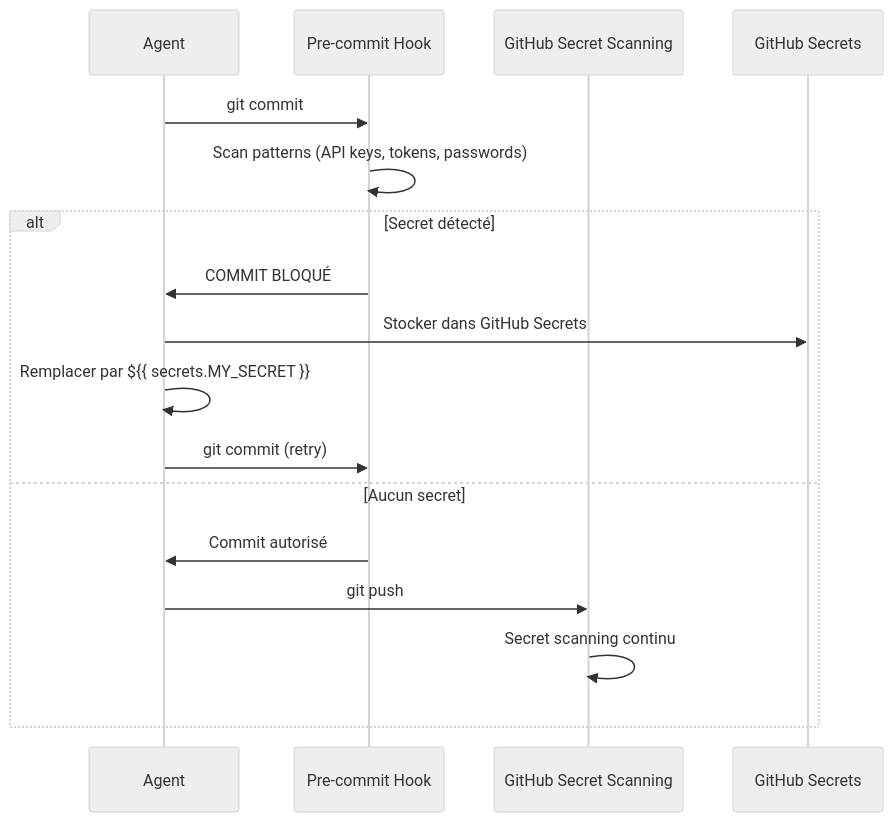
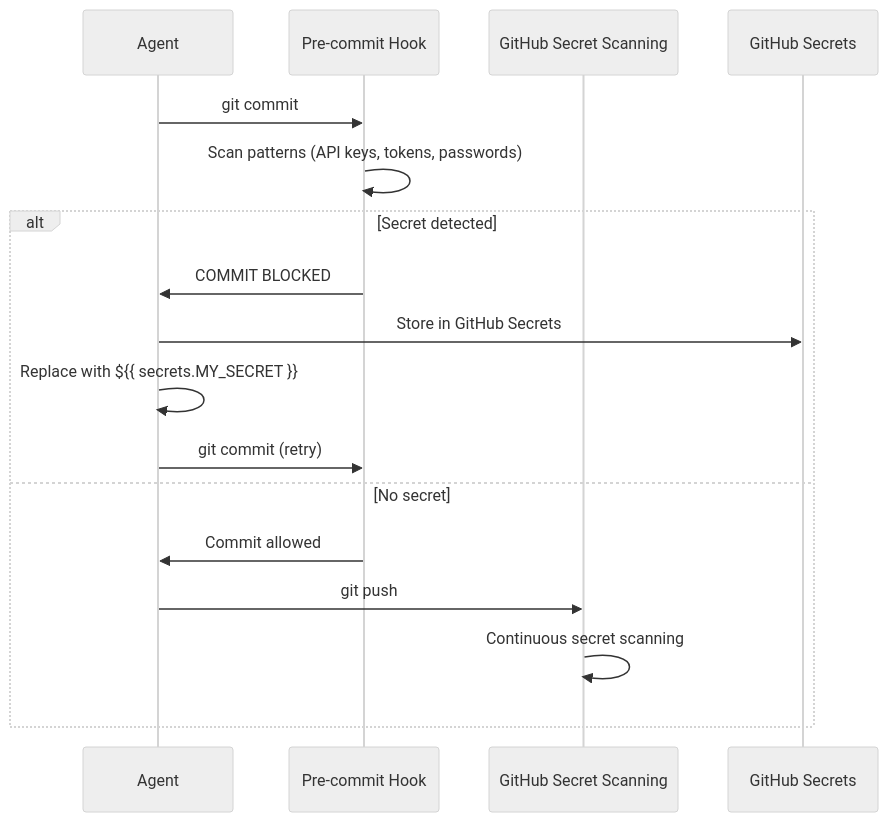
One commit to lordmahonheim-bot/Tesla-Antigravity-CLI changed the fourth of 7 diagrams in 48-Tesla-Github-MCP/tesla-github-manager/SKILL.md. Above: the diagram before and after it, drawn with Mermaid (neutral theme). The commit also changed other lines of this file and 1 other file, not shown here.

````diff
--- a/48-Tesla-Github-MCP/tesla-github-manager/SKILL.md
+++ b/48-Tesla-Github-MCP/tesla-github-manager/SKILL.md
@@ -439,20 +439,20 @@
 ```mermaid
 sequenceDiagram
     participant Dev as Agent
     participant Hook as Pre-commit Hook
     participant GH as GitHub Secret Scanning
     participant Vault as GitHub Secrets
 
     Dev->>Hook: git commit
     Hook->>Hook: Scan patterns (API keys, tokens, passwords)
-    alt Secret détecté
-        Hook->>Dev: COMMIT BLOQUÉ
-        Dev->>Vault: Stocker dans GitHub Secrets
-        Dev->>Dev: Remplacer par ${{ secrets.MY_SECRET }}
+    alt Secret detected
+        Hook->>Dev: COMMIT BLOCKED
+        Dev->>Vault: Store in GitHub Secrets
+        Dev->>Dev: Replace with ${{ secrets.MY_SECRET }}
         Dev->>Hook: git commit (retry)
-    else Aucun secret
-        Hook->>Dev: Commit autorisé
+    else No secret
+        Hook->>Dev: Commit allowed
         Dev->>GH: git push
-        GH->>GH: Secret scanning continu
+        GH->>GH: Continuous secret scanning
     end
 ```
````
